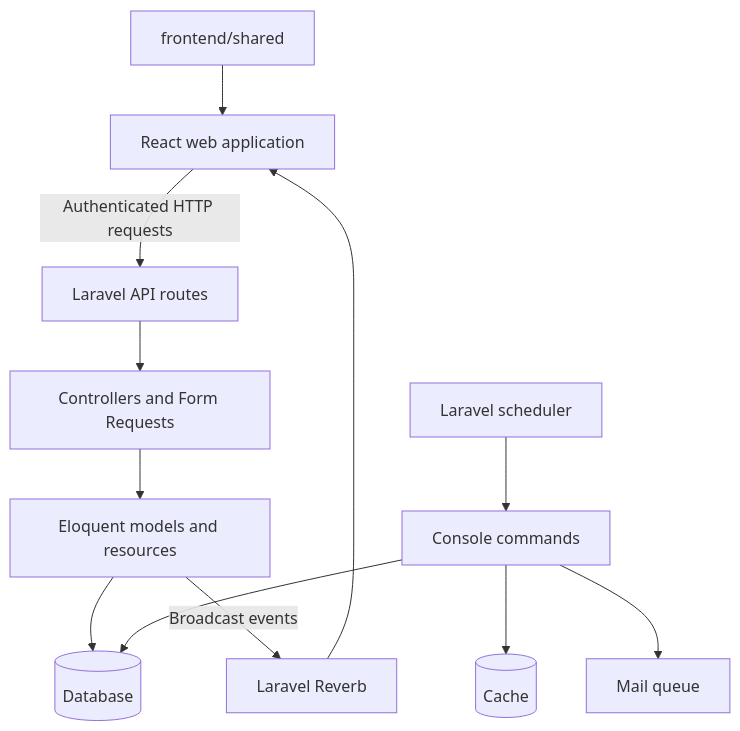
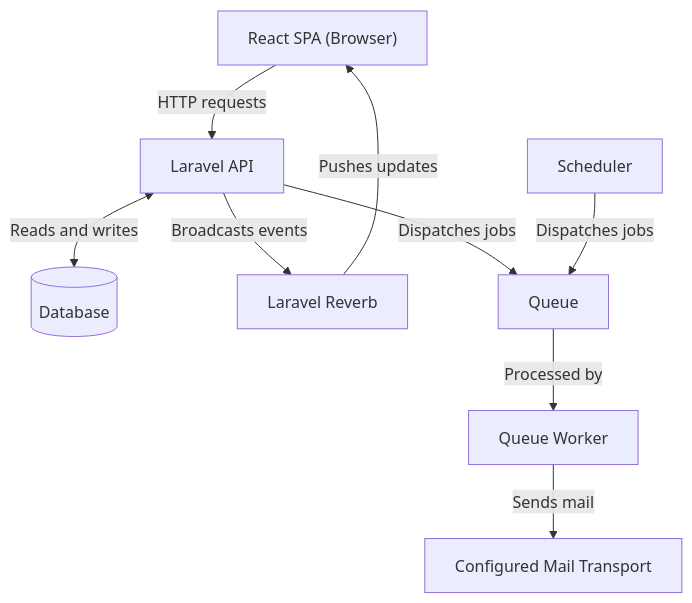
Before and after one commit to zamuwelle/broadtrack: the diagram in docs/architecture/system-overview.md, drawn with Mermaid. The commit also changed other lines of this file and 11 other files, not shown here.

````diff
--- a/docs/architecture/system-overview.md
+++ b/docs/architecture/system-overview.md
@@ -40,14 +23,11 @@
 ```mermaid
 flowchart TD
-    Web["React web application"] -->|"Authenticated HTTP requests"| Routes["Laravel API routes"]
-    Routes --> Requests["Controllers and Form Requests"]
-    Requests --> Models["Eloquent models and resources"]
-    Models --> DB[(Database)]
-    Models -->|"Broadcast events"| Reverb["Laravel Reverb"]
-    Reverb --> Web
-    Scheduler["Laravel scheduler"] --> Commands["Console commands"]
-    Commands --> DB
-    Commands --> Cache[(Cache)]
-    Commands --> Queue["Mail queue"]
-    Shared["frontend/shared"] --> Web
+    Browser["React SPA (Browser)"] -->|"HTTP requests"| Laravel["Laravel API"]
+    Laravel <-->|"Reads and writes"| DB[("Database")]
+    Laravel -->|"Broadcasts events"| Reverb["Laravel Reverb"]
+    Reverb -->|"Pushes updates"| Browser
+    Laravel -->|"Dispatches jobs"| Queue["Queue"]
+    Scheduler["Scheduler"] -->|"Dispatches jobs"| Queue
+    Queue -->|"Processed by"| Worker["Queue Worker"]
+    Worker -->|"Sends mail"| Mail["Configured Mail Transport"]
 ```
````
